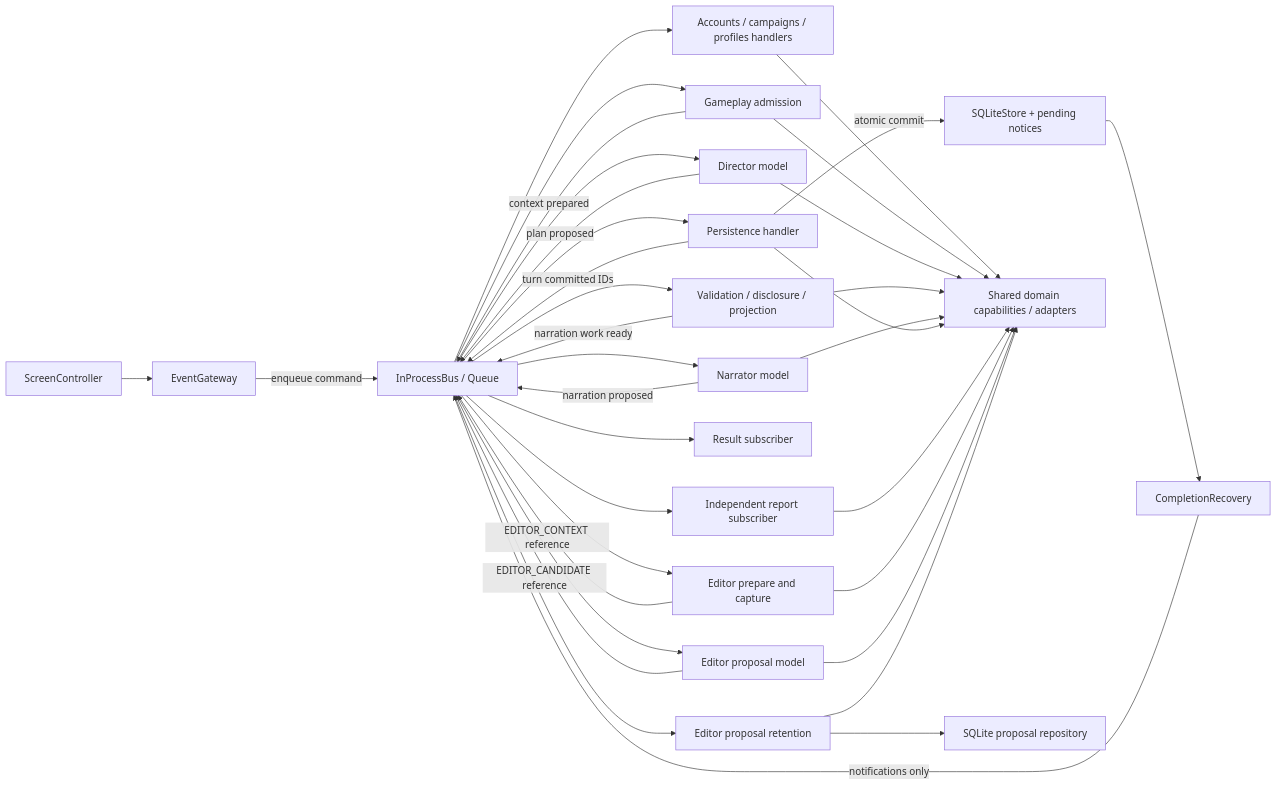
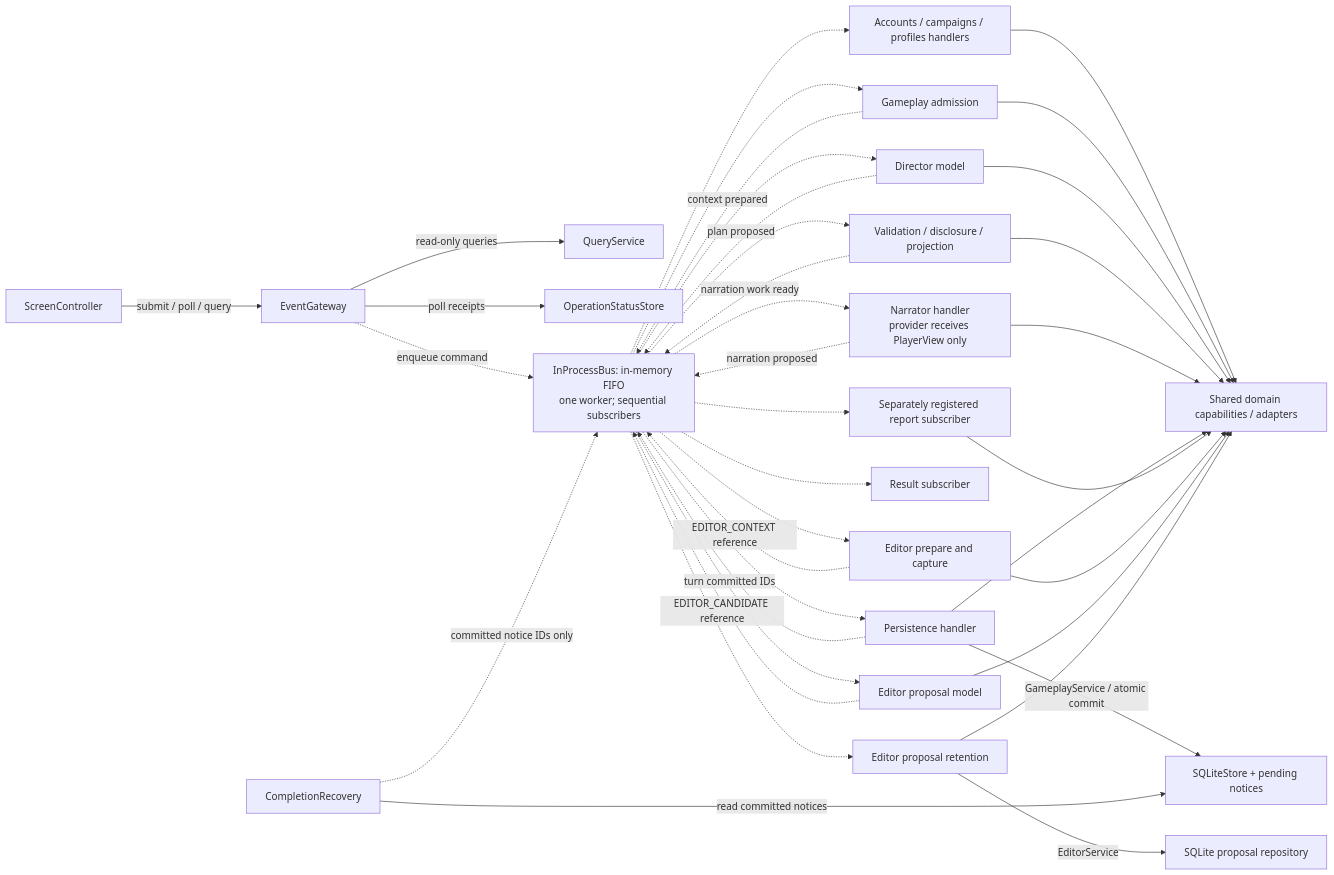
One commit to Jimmy3498/CS5-7319-Final-Project-Group-05-Azadjoutabari-Nagireddygari-Zeng changed the diagram in docs/diagrams/event-based.mmd. Above: the diagram before and after it, drawn with Mermaid. The commit also changed 2 other files, not shown here.

Commit message:
Clarify architecture diagrams for presentation

```diff
--- a/docs/diagrams/event-based.mmd
+++ b/docs/diagrams/event-based.mmd
@@ -1,28 +1,32 @@
 flowchart LR
-  %% Implemented command, editor, gameplay, reporting and recovery topology.
-  UI[ScreenController] --> GW[EventGateway]
-  GW -->|enqueue command| BUS[InProcessBus / Queue]
-  BUS --> AUTH[Accounts / campaigns / profiles handlers]
-  BUS --> ADMIT[Gameplay admission]
-  ADMIT -->|context prepared| BUS
-  BUS --> PLAN[Director model]
-  PLAN -->|plan proposed| BUS
-  BUS --> VALIDATE[Validation / disclosure / projection]
-  VALIDATE -->|narration work ready| BUS
-  BUS --> NARRATE[Narrator model]
-  NARRATE -->|narration proposed| BUS
-  BUS --> COMMIT[Persistence handler]
-  COMMIT -->|atomic commit| SQL[SQLiteStore + pending notices]
-  COMMIT -->|turn committed IDs| BUS
-  BUS --> RESULT[Result subscriber]
-  BUS --> REPORT[Independent report subscriber]
-  SQL --> RECOVER[CompletionRecovery]
-  RECOVER -->|notifications only| BUS
+  %% Command-workflow overview; handler nodes are methods of ComponentHandlers.
+  %% Solid arrows: local calls/data access. Dashed arrows: queued event publication/dispatch.
+  UI[ScreenController] -->|submit / poll / query| GW[EventGateway]
+  GW -->|read-only queries| QUERY[QueryService]
+  GW -->|poll receipts| STATUS[OperationStatusStore]
+  GW -.->|enqueue command| BUS["InProcessBus: in-memory FIFO<br/>one worker; sequential subscribers"]
+  BUS -.-> AUTH[Accounts / campaigns / profiles handlers]
+  BUS -.-> ADMIT[Gameplay admission]
+  ADMIT -.->|context prepared| BUS
+  BUS -.-> PLAN[Director model]
+  PLAN -.->|plan proposed| BUS
+  BUS -.-> VALIDATE[Validation / disclosure / projection]
+  VALIDATE -.->|narration work ready| BUS
+  BUS -.-> NARRATE["Narrator handler<br/>provider receives PlayerView only"]
+  NARRATE -.->|narration proposed| BUS
+  BUS -.-> COMMIT[Persistence handler]
+  COMMIT -->|GameplayService / atomic commit| SQL[SQLiteStore + pending notices]
+  COMMIT -.->|turn committed IDs| BUS
+  BUS -.-> RESULT[Result subscriber]
+  BUS -.-> REPORT[Separately registered report subscriber]
+  RECOVER[CompletionRecovery] -->|read committed notices| SQL
+  RECOVER -.->|committed notice IDs only| BUS
   AUTH & ADMIT & PLAN & VALIDATE & NARRATE & COMMIT & REPORT --> SHARED[Shared domain capabilities / adapters]
-  BUS --> EDIT_PREP[Editor prepare and capture]
-  EDIT_PREP -->|EDITOR_CONTEXT reference| BUS
-  BUS --> EDIT_AI[Editor proposal model]
-  EDIT_AI -->|EDITOR_CANDIDATE reference| BUS
-  BUS --> EDIT_RETAIN[Editor proposal retention]
-  EDIT_RETAIN --> EDIT_STORE[SQLite proposal repository]
+  BUS -.-> EDIT_PREP[Editor prepare and capture]
+  EDIT_PREP -.->|EDITOR_CONTEXT reference| BUS
+  BUS -.-> EDIT_AI[Editor proposal model]
+  EDIT_AI -.->|EDITOR_CANDIDATE reference| BUS
+  BUS -.-> EDIT_RETAIN[Editor proposal retention]
+  EDIT_RETAIN -->|EditorService| EDIT_STORE[SQLite proposal repository]
   EDIT_PREP & EDIT_AI & EDIT_RETAIN --> SHARED
+  %% Both application bootstraps fail interrupted attempts before accepting requests; no provider replay.
```
